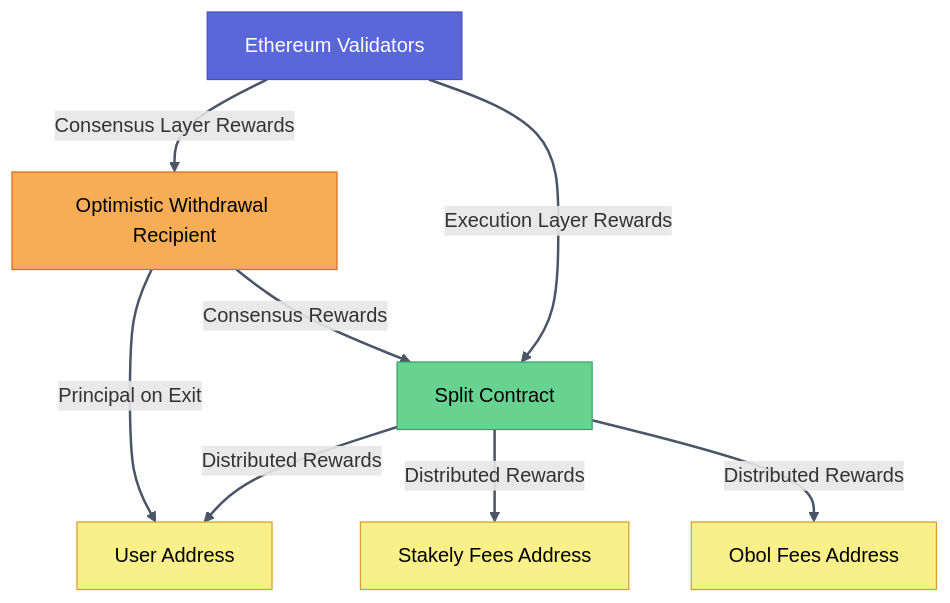
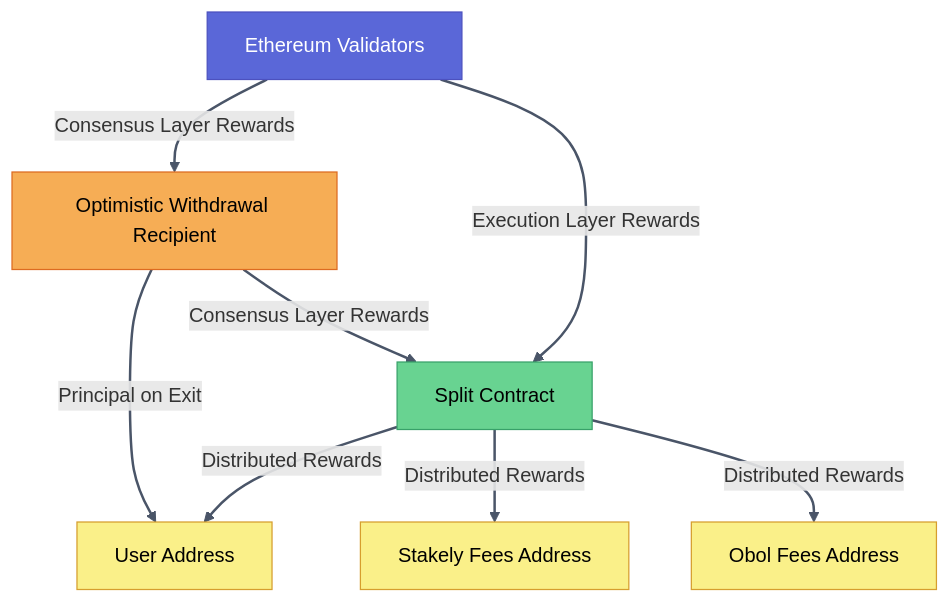
One commit to Stakely/stakely-docs changed the diagram in docs/obol-portal/technical-architecture.md. Above: the diagram before and after it, drawn with Mermaid. The commit also changed other lines of this file and 10 other files, not shown here.

````diff
--- a/docs/obol-portal/technical-architecture.md
+++ b/docs/obol-portal/technical-architecture.md
@@ -60,30 +60,30 @@
 ```mermaid
 flowchart TD
     Validators[Ethereum Validators]
     OWR[Optimistic Withdrawal Recipient]
     Split[Split Contract]
     User[User Address]
     Stakely[Stakely Fees Address]
     Obol[Obol Fees Address]
 
     Validators -->|Consensus Layer Rewards| OWR
     Validators -->|Execution Layer Rewards| Split
     
     OWR -->|Principal on Exit| User
-    OWR -->|Consensus Rewards| Split
+    OWR -->|Consensus Layer Rewards| Split
     Split -->|Distributed Rewards| User
     Split -->|Distributed Rewards| Stakely
     Split -->|Distributed Rewards| Obol
 
     classDef primary fill:#5a67d8,stroke:#4c51bf,color:#fff
     classDef secondary fill:#68d391,stroke:#38a169,color:#000
     classDef tertiary fill:#faf089,stroke:#d69e2e,color:#000
     classDef quaternary fill:#f6ad55,stroke:#dd6b20,color:#000
 
     class Validators primary
     class OWR quaternary
     class Split secondary
     class User,Stakely,Obol tertiary
 
     linkStyle default stroke:#4a5568,stroke-width:2px;
 ```
````
